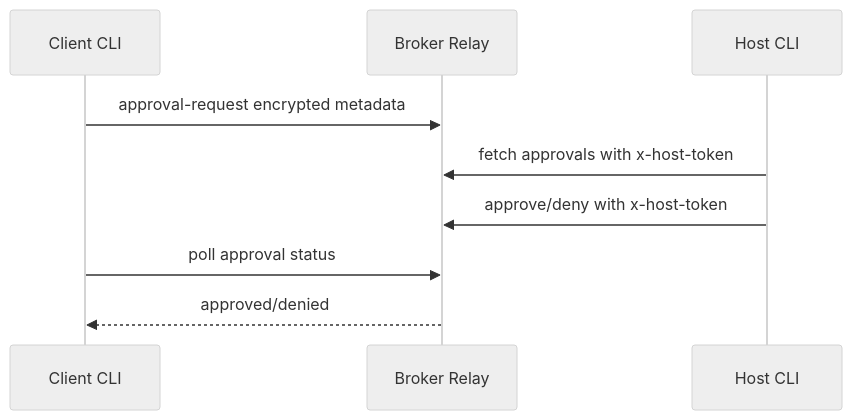
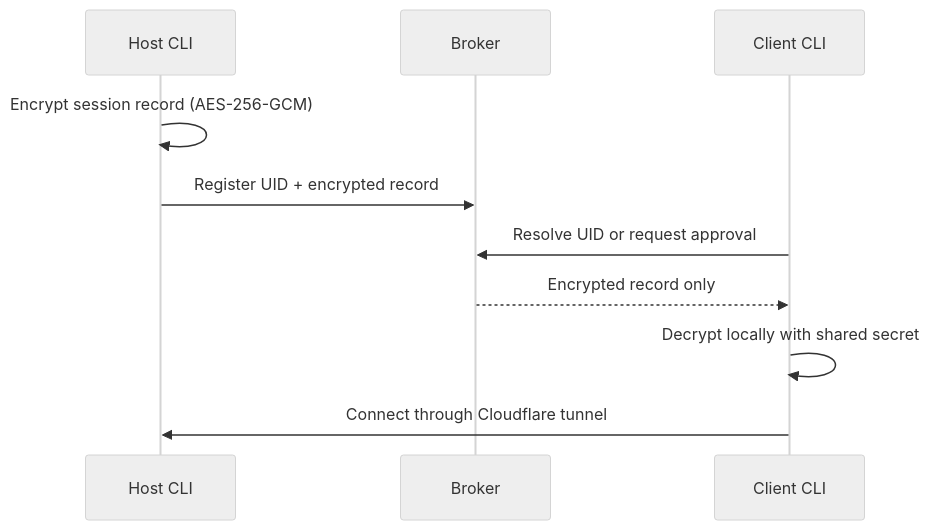
One commit to skmirajulislam/ipingyou changed the diagram in README.md. Above: the diagram before and after it, drawn with Mermaid (neutral theme). The commit also changed other lines of this file and 2 other files, not shown here.

````diff
--- a/README.md
+++ b/README.md
@@ -90,11 +67,12 @@
 ```mermaid
 sequenceDiagram
-    participant C as Client CLI
-    participant B as Broker Relay
-    participant H as Host CLI
-    C->>B: approval-request encrypted metadata
-    H->>B: fetch approvals with x-host-token
-    H->>B: approve/deny with x-host-token
-    C->>B: poll approval status
-    B-->>C: approved/denied
+  participant H as Host CLI
+  participant B as Broker
+  participant C as Client CLI
+  H->>H: Encrypt session record (AES-256-GCM)
+  H->>B: Register UID + encrypted record
+  C->>B: Resolve UID or request approval
+  B-->>C: Encrypted record only
+  C->>C: Decrypt locally with shared secret
+  C->>H: Connect through Cloudflare tunnel
 ```
````
